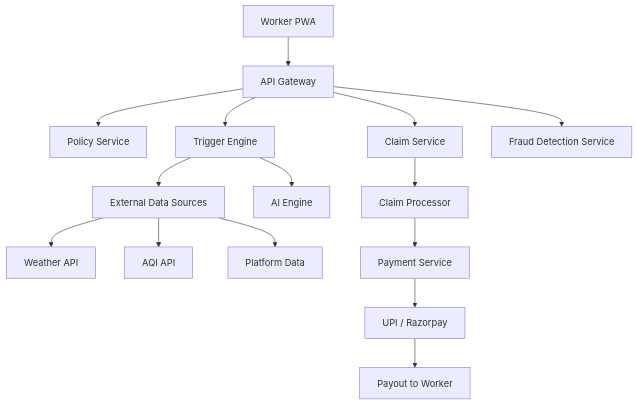
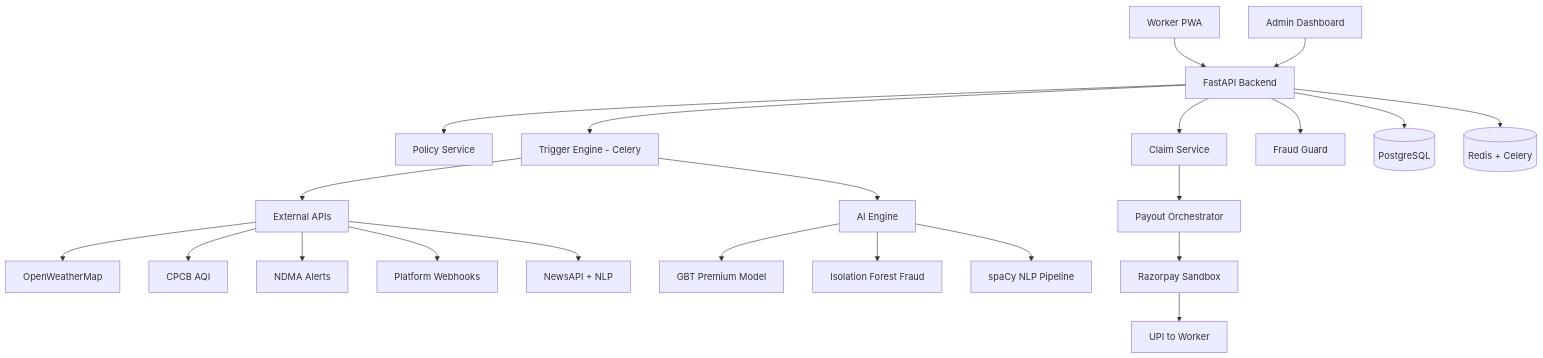
The first of 2 diagrams in README.md (KavinVetrivel/GigShield), drawn with Mermaid before and after one commit. The commit also changed other lines of this file, not shown here.

````diff
--- a/README.md
+++ b/README.md
@@ -122,20 +170,29 @@
 ```mermaid
 flowchart TD
-    A[Worker PWA] --> B[API Gateway]
-    B --> C[Policy Service]
-    B --> D[Claim Service]
-    B --> E[Trigger Engine]
-    B --> F[Fraud Detection Service]
+    A[Worker PWA] --> B[FastAPI Backend]
+    C[Admin Dashboard] --> B
 
-    E --> G[External Data Sources]
-    G --> G1[Weather API]
-    G --> G2[AQI API]
-    G --> G3[Platform Data]
+    B --> D[Policy Service]
+    B --> E[Claim Service]
+    B --> F[Trigger Engine - Celery]
+    B --> G[Fraud Guard]
 
-    E --> H[AI Engine]
+    F --> H[External APIs]
+    H --> H1[OpenWeatherMap]
+    H --> H2[CPCB AQI]
+    H --> H3[NDMA Alerts]
+    H --> H4[Platform Webhooks]
+    H --> H5[NewsAPI + NLP]
 
-    D --> I[Claim Processor]
-    I --> J[Payment Service]
-    J --> K[UPI / Razorpay]
-    K --> L[Payout to Worker]
+    F --> I[AI Engine]
+    I --> I1[GBT Premium Model]
+    I --> I2[Isolation Forest Fraud]
+    I --> I3[spaCy NLP Pipeline]
+
+    E --> J[Payout Orchestrator]
+    J --> K[Razorpay Sandbox]
+    K --> L[UPI to Worker]
+
+    B --> M[(PostgreSQL)]
+    B --> N[(Redis + Celery)]
 ```
````
